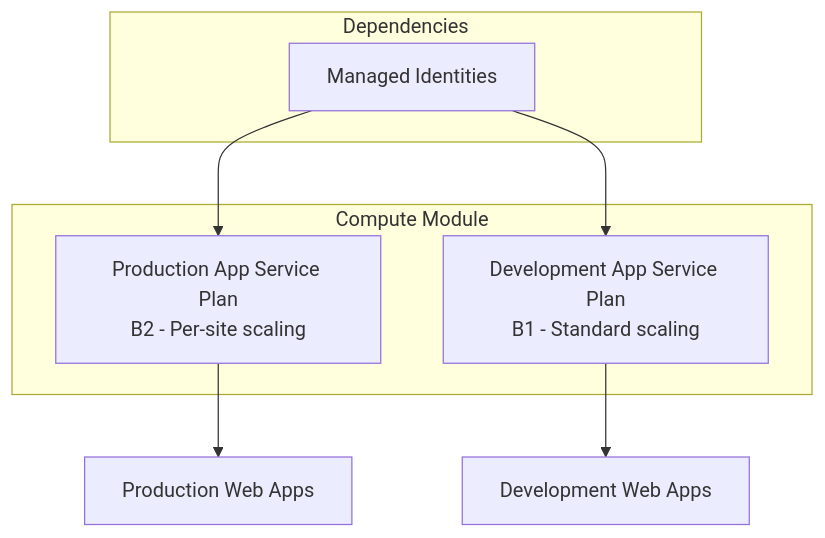
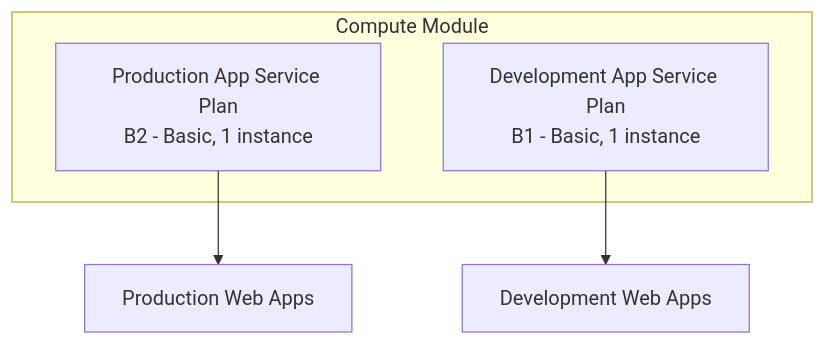
The diagram in infra/Azure/Bicep/compute/README.md (arolariu/arolariu.ro), drawn with Mermaid before and after one commit. The commit also changed other lines of this file and 2 other files, not shown here.

````diff
--- a/infra/Azure/Bicep/compute/README.md
+++ b/infra/Azure/Bicep/compute/README.md
@@ -28,17 +26,10 @@
 ```mermaid
 graph TB
     subgraph "Compute Module"
-        ASP1[Production App Service Plan<br/>B2 - Per-site scaling]
-        ASP2[Development App Service Plan<br/>B1 - Standard scaling]
+        ASP1[Production App Service Plan<br/>B2 - Basic, 1 instance]
+        ASP2[Development App Service Plan<br/>B1 - Basic, 1 instance]
     end
-
-    subgraph "Dependencies"
-        ID[Managed Identities]
-    end
-
-    ID --> ASP1
-    ID --> ASP2
 
     ASP1 --> WEB1[Production Web Apps]
     ASP2 --> WEB2[Development Web Apps]
 ```
````
